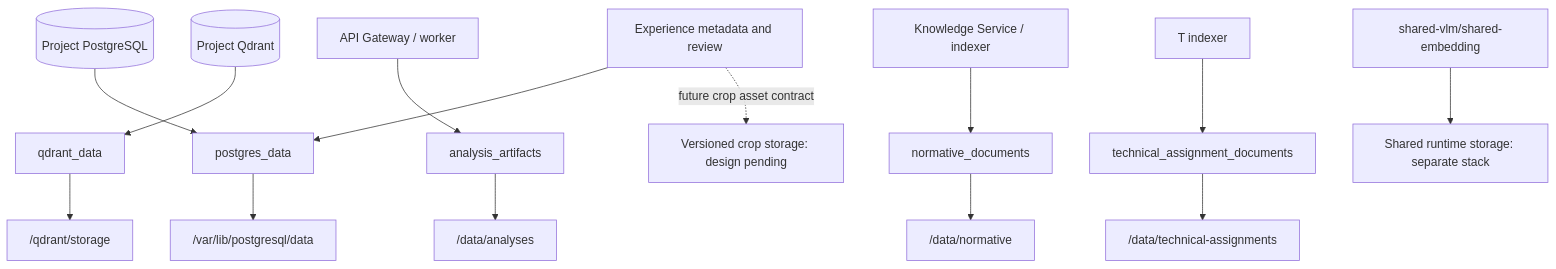
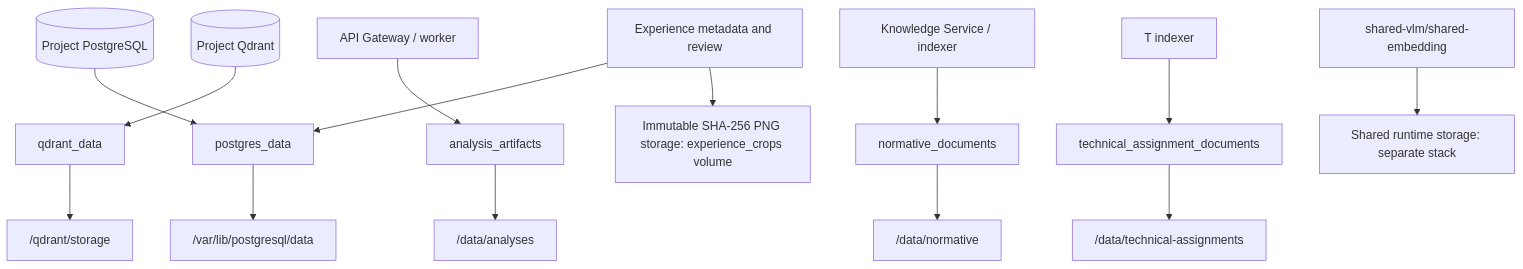
The ninth of 15 diagrams in README.md (Amadu-A/PDRD-validation), drawn with Mermaid before and after one commit. The commit also changed other lines of this file and 74 other files, not shown here.

````diff
--- a/README.md
+++ b/README.md
@@ -533,16 +535,16 @@
 ```mermaid
 flowchart TD
     PG[("Project PostgreSQL")] --> PGV["postgres_data"]
     QD[("Project Qdrant")] --> QDV["qdrant_data"]
     GW["API Gateway / worker"] --> AV["analysis_artifacts"]
     KS["Knowledge Service / indexer"] --> NV["normative_documents"]
     TIDX["T indexer"] --> TV["technical_assignment_documents"]
     EX["Experience metadata and review"] --> PGV
-    EX -. "future crop asset contract" .-> CROP["Versioned crop storage: design pending"]
+    EX --> CROP["Immutable SHA-256 PNG storage: experience_crops volume"]
     PGV --> PGP["/var/lib/postgresql/data"]
     QDV --> QDP["/qdrant/storage"]
     AV --> AP["/data/analyses"]
     NV --> NP["/data/normative"]
     TV --> TP["/data/technical-assignments"]
     VLM["shared-vlm/shared-embedding"] --> SHARED["Shared runtime storage: separate stack"]
 ```
````
